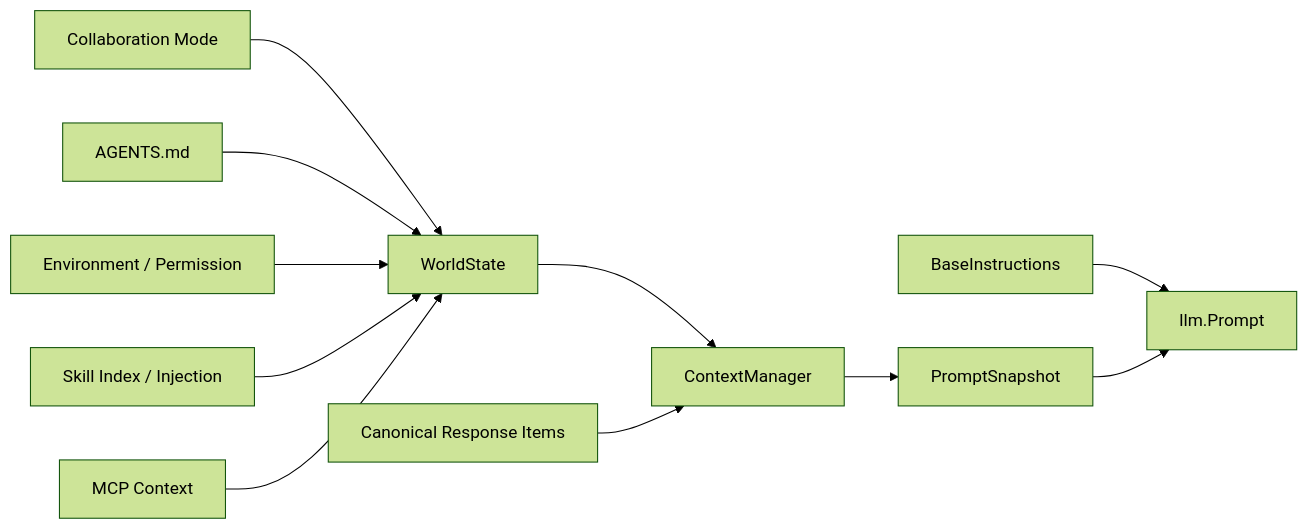
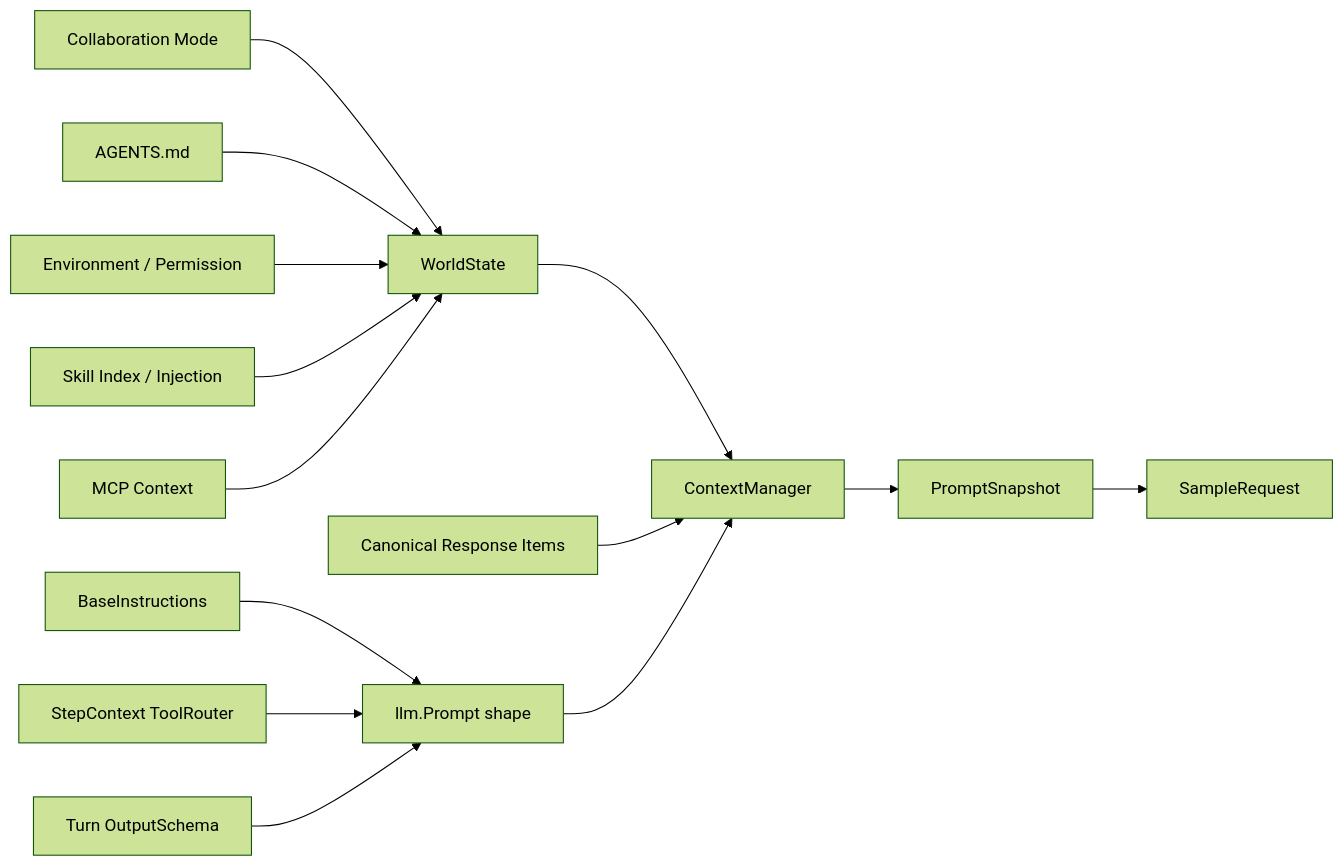
Diagram 11 of 23 in docs/architecture-whitepaper.md (Godric-W/Amadeus), drawn with Mermaid (forest theme) before and after one commit. The commit also changed other lines of this file and 140 other files, not shown here.

````diff
--- a/docs/architecture-whitepaper.md
+++ b/docs/architecture-whitepaper.md
@@ -631,25 +635,31 @@
 ```mermaid
 flowchart LR
     Base[BaseInstructions]
+    Tools[StepContext ToolRouter]
+    Turn[Turn OutputSchema]
     Mode[Collaboration Mode]
     Agents[AGENTS.md]
     Env[Environment / Permission]
     Skills[Skill Index / Injection]
     MCP[MCP Context]
     History[Canonical Response Items]
     WS[WorldState]
     CM[ContextManager]
     Snap[PromptSnapshot]
-    Prompt[llm.Prompt]
+    Shape[llm.Prompt shape]
+    Request[SampleRequest]
 
-    Base --> Prompt
+    Base --> Shape
+    Tools --> Shape
+    Turn --> Shape
     Mode --> WS
     Agents --> WS
     Env --> WS
     Skills --> WS
     MCP --> WS
     WS --> CM
     History --> CM
+    Shape --> CM
     CM --> Snap
-    Snap --> Prompt
+    Snap --> Request
 ```
````
